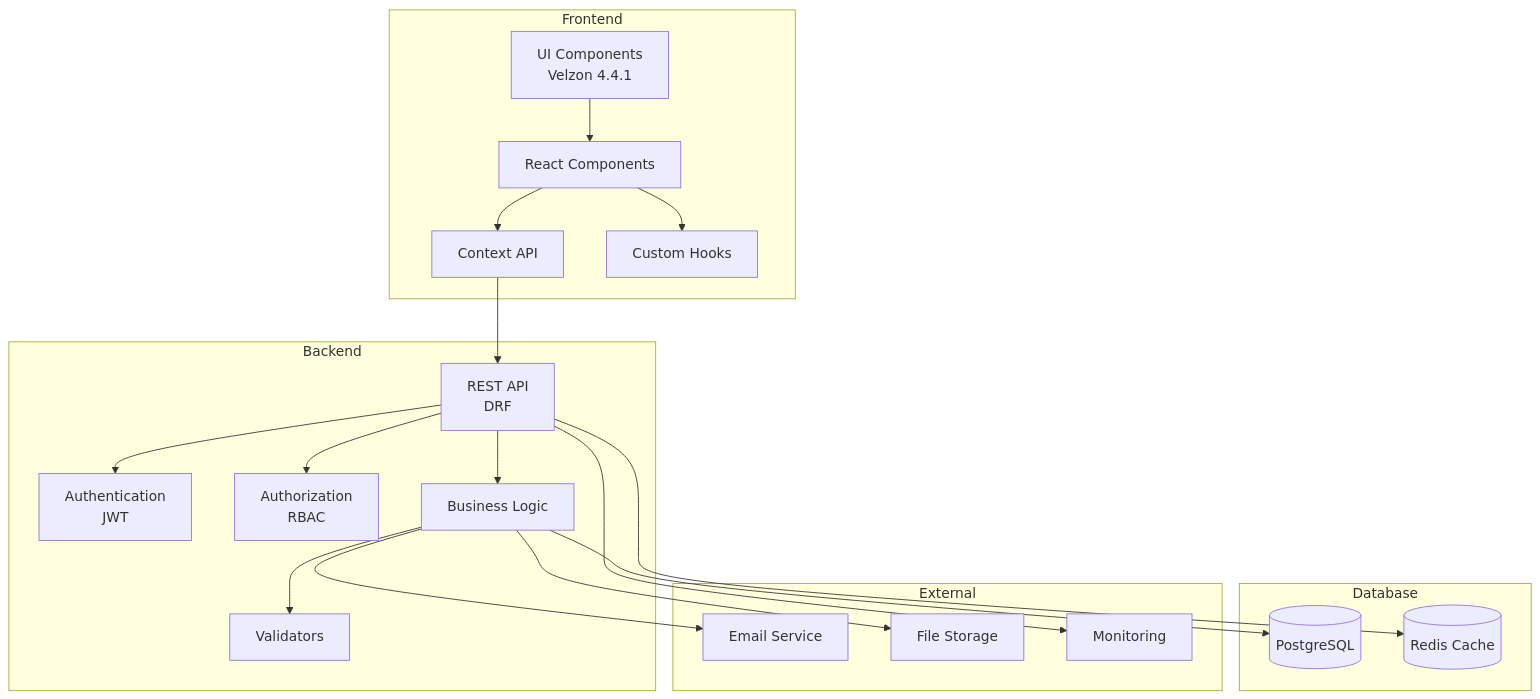
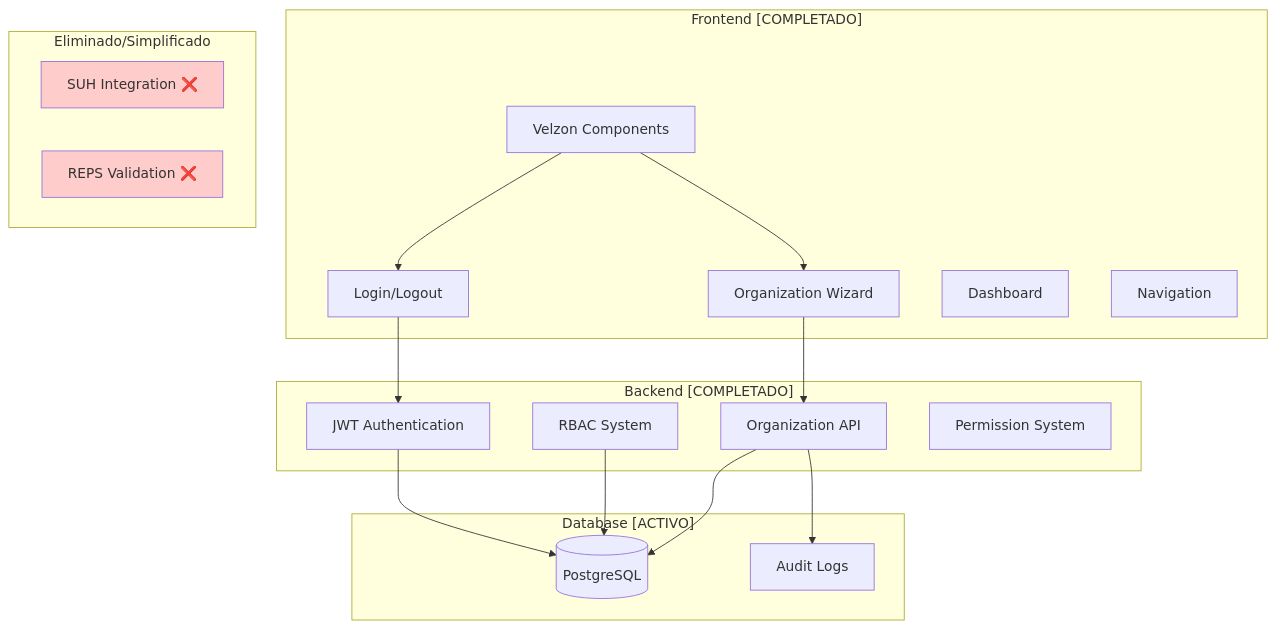
The diagram in claude-modules/architecture/README.claude.md (jfbm74/zentraqms), drawn with Mermaid before and after one commit. The commit also changed other lines of this file and 77 other files, not shown here.

````diff
--- a/claude-modules/architecture/README.claude.md
+++ b/claude-modules/architecture/README.claude.md
@@ -40,42 +58,38 @@
 ```mermaid
 graph TB
-    subgraph "Frontend"
-        UI[UI Components<br/>Velzon 4.4.1]
-        RC[React Components]
-        CTX[Context API]
-        HOOKS[Custom Hooks]
+    subgraph "Frontend [COMPLETADO]"
+        UI[Velzon Components]
+        AUTH_UI[Login/Logout]
+        ORG_UI[Organization Wizard]
+        DASH[Dashboard]
+        NAV[Navigation]
     end
     
-    subgraph "Backend"
-        API[REST API<br/>DRF]
-        AUTH[Authentication<br/>JWT]
-        RBAC[Authorization<br/>RBAC]
-        BL[Business Logic]
-        VAL[Validators]
+    subgraph "Backend [COMPLETADO]"
+        JWT[JWT Authentication]
+        RBAC[RBAC System]
+        ORG_API[Organization API]
+        PERM[Permission System]
     end
     
-    subgraph "Database"
+    subgraph "Database [ACTIVO]"
         PG[(PostgreSQL)]
-        CACHE[(Redis Cache)]
+        AUDIT[Audit Logs]
     end
     
-    subgraph "External"
-        MAIL[Email Service]
-        STORAGE[File Storage]
-        MONITOR[Monitoring]
+    subgraph "Eliminado/Simplificado"
+        style SUH fill:#ffcccc
+        style REPS fill:#ffcccc
+        SUH[SUH Integration ❌]
+        REPS[REPS Validation ❌]
     end
     
-    UI --> RC
-    RC --> CTX
-    RC --> HOOKS
-    CTX --> API
-    API --> AUTH
-    API --> RBAC
-    API --> BL
-    BL --> VAL
-    BL --> PG
-    API --> CACHE
-    BL --> MAIL
-    BL --> STORAGE
-    API --> MONITOR
+    UI --> AUTH_UI
+    UI --> ORG_UI
+    AUTH_UI --> JWT
+    ORG_UI --> ORG_API
+    JWT --> PG
+    RBAC --> PG
+    ORG_API --> PG
+    ORG_API --> AUDIT
 ```
````
